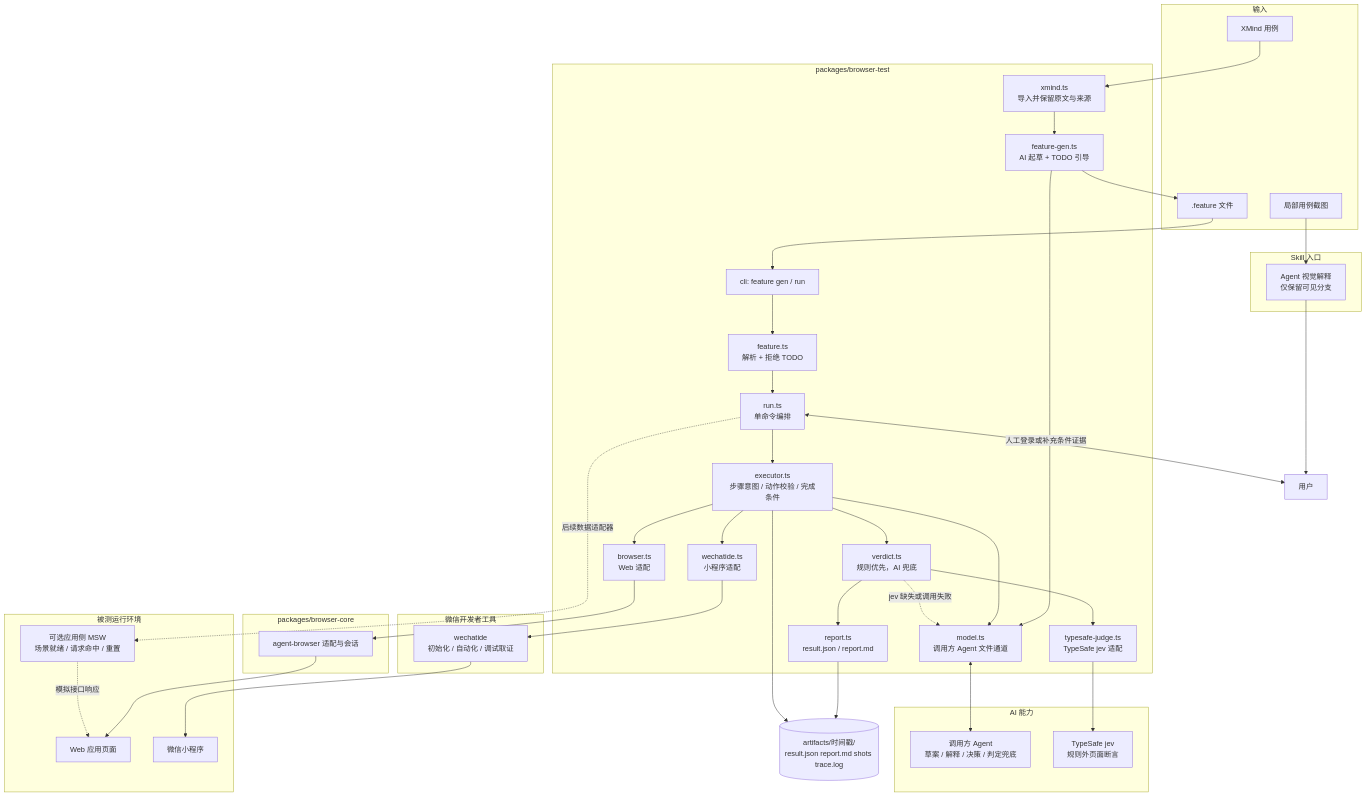
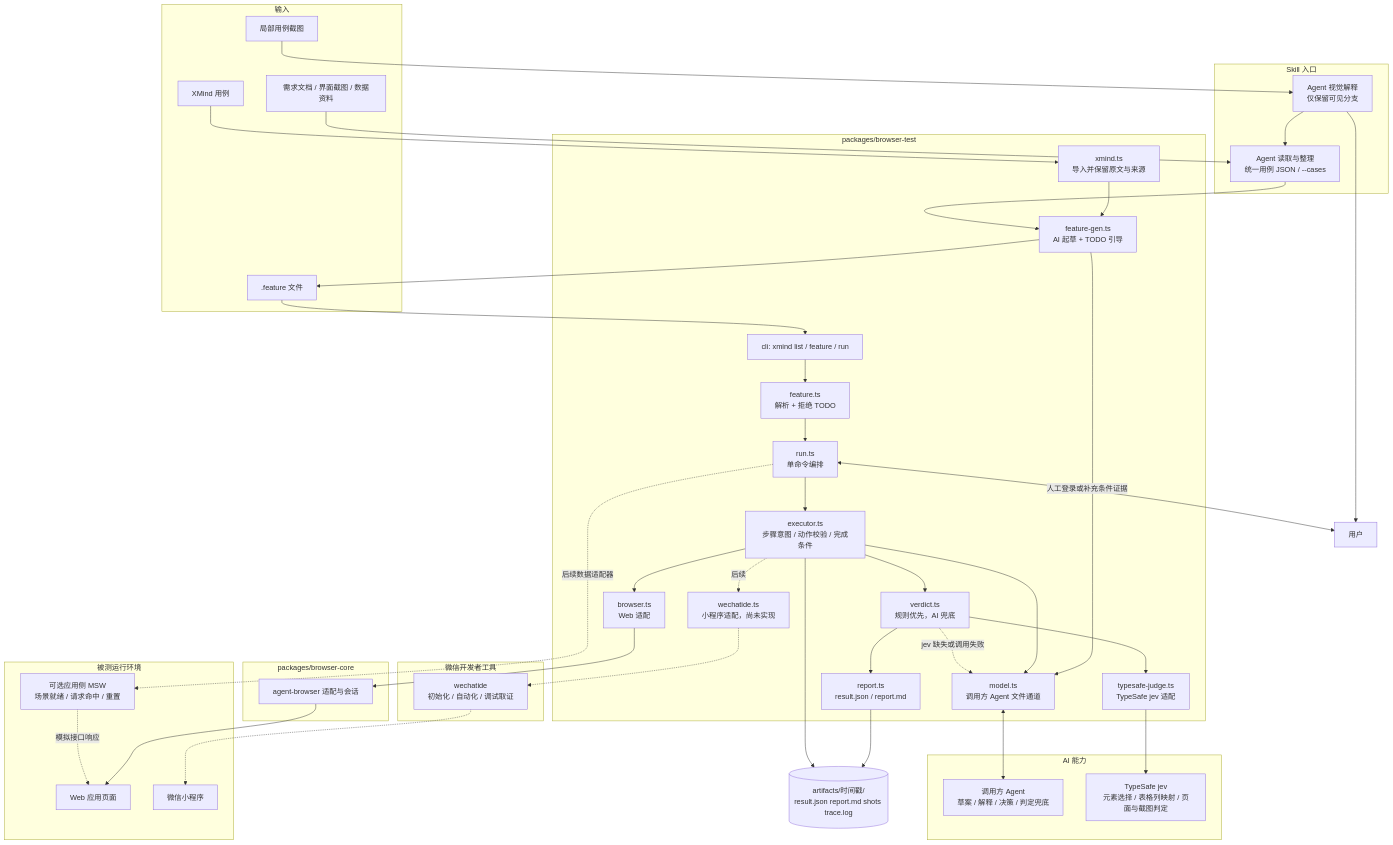
The first of 4 diagrams in docs/browser-test-technical-plan.md (Mone-Lee/browser-automated), drawn with Mermaid before and after one commit. The commit also changed other lines of this file, not shown here.

````diff
--- a/docs/browser-test-technical-plan.md
+++ b/docs/browser-test-technical-plan.md
@@ -42,67 +42,71 @@
 ```mermaid
 flowchart TB
     subgraph Input[输入]
         XM[XMind 用例]
         IM[局部用例截图]
+        DOC[需求文档 / 界面截图 / 数据资料]
         FE[.feature 文件]
     end
 
     subgraph Skill[Skill 入口]
         VI[Agent 视觉解释<br/>仅保留可见分支]
+        CI[Agent 读取与整理<br/>统一用例 JSON / --cases]
     end
 
     subgraph BT[packages/browser-test]
-        CLI[cli: feature gen / run]
+        CLI[cli: xmind list / feature / run]
         XI[xmind.ts<br/>导入并保留原文与来源]
         FG[feature-gen.ts<br/>AI 起草 + TODO 引导]
         FP[feature.ts<br/>解析 + 拒绝 TODO]
         AM[model.ts<br/>调用方 Agent 文件通道]
         RUN[run.ts<br/>单命令编排]
         EX[executor.ts<br/>步骤意图 / 动作校验 / 完成条件]
         BR[browser.ts<br/>Web 适配]
-        WX[wechatide.ts<br/>小程序适配]
+        WX[wechatide.ts<br/>小程序适配，尚未实现]
         TJ[typesafe-judge.ts<br/>TypeSafe jev 适配]
         VD[verdict.ts<br/>规则优先，AI 兜底]
         RP[report.ts<br/>result.json / report.md]
     end
 
     subgraph AI[AI 能力]
         CA[调用方 Agent<br/>草案 / 解释 / 决策 / 判定兜底]
-        JEV[TypeSafe jev<br/>规则外页面断言]
+        JEV[TypeSafe jev<br/>元素选择 / 表格列映射 / 页面与截图判定]
     end
 
     subgraph Core[packages/browser-core]
         AB[agent-browser 适配与会话]
     end
 
     subgraph DevTools[微信开发者工具]
         WI[wechatide<br/>初始化 / 自动化 / 调试取证]
     end
 
     subgraph Biz[被测运行环境]
         APP[Web 应用页面]
         MP[微信小程序]
         MOCK[可选应用侧 MSW<br/>场景就绪 / 请求命中 / 重置]
     end
 
     OUT[(artifacts/时间戳/<br/>result.json report.md shots trace.log)]
 
     XM --> XI --> FG --> FE
     IM --> VI --> U
+    VI --> CI
+    DOC --> CI --> FG
     FE --> CLI
     FG --> AM
     AM <--> CA
     CLI --> FP --> RUN
     RUN <-->|人工登录或补充条件证据| U[用户]
     RUN --> EX
     EX --> AM
     EX --> BR --> AB --> APP
-    EX --> WX --> WI --> MP
+    EX -. 后续 .-> WX -.-> WI -.-> MP
     EX --> VD
     VD --> TJ --> JEV
     VD -. jev 缺失或调用失败 .-> AM
     VD --> RP --> OUT
     EX --> OUT
     RUN -. 后续数据适配器 .-> MOCK
     MOCK -. 模拟接口响应 .-> APP
 ```
````
